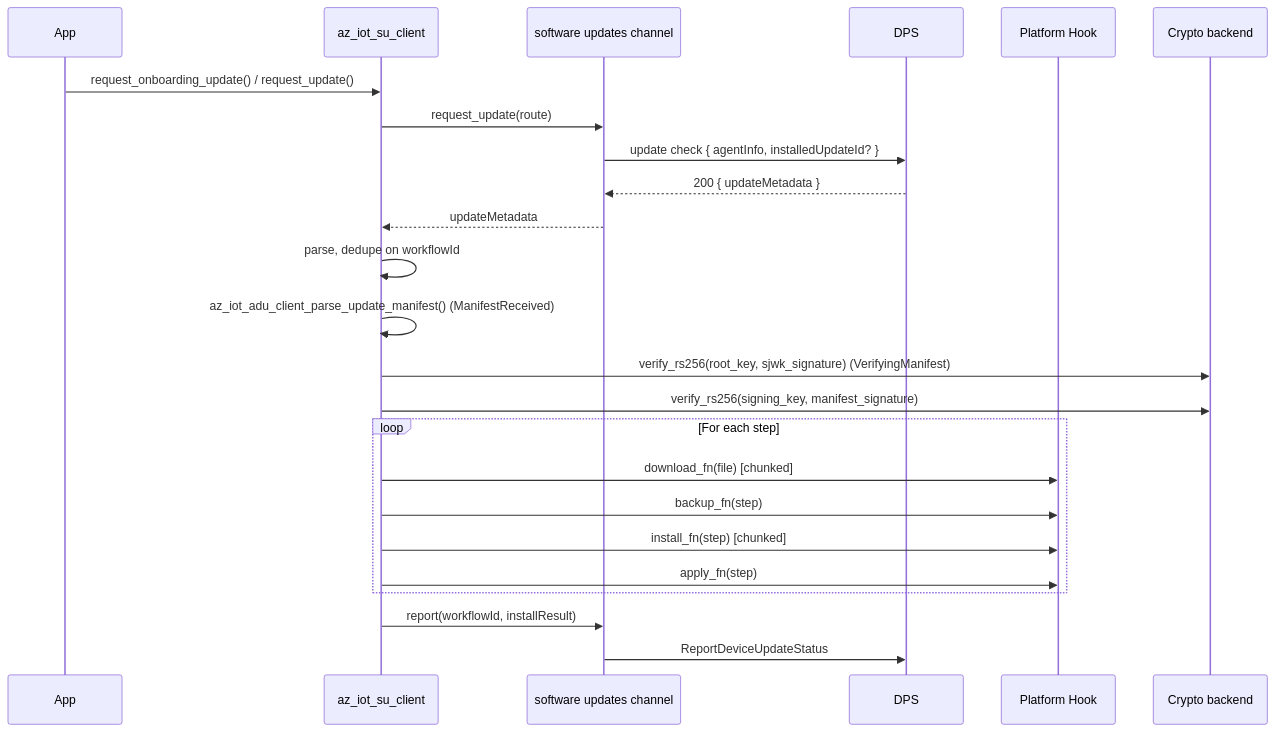
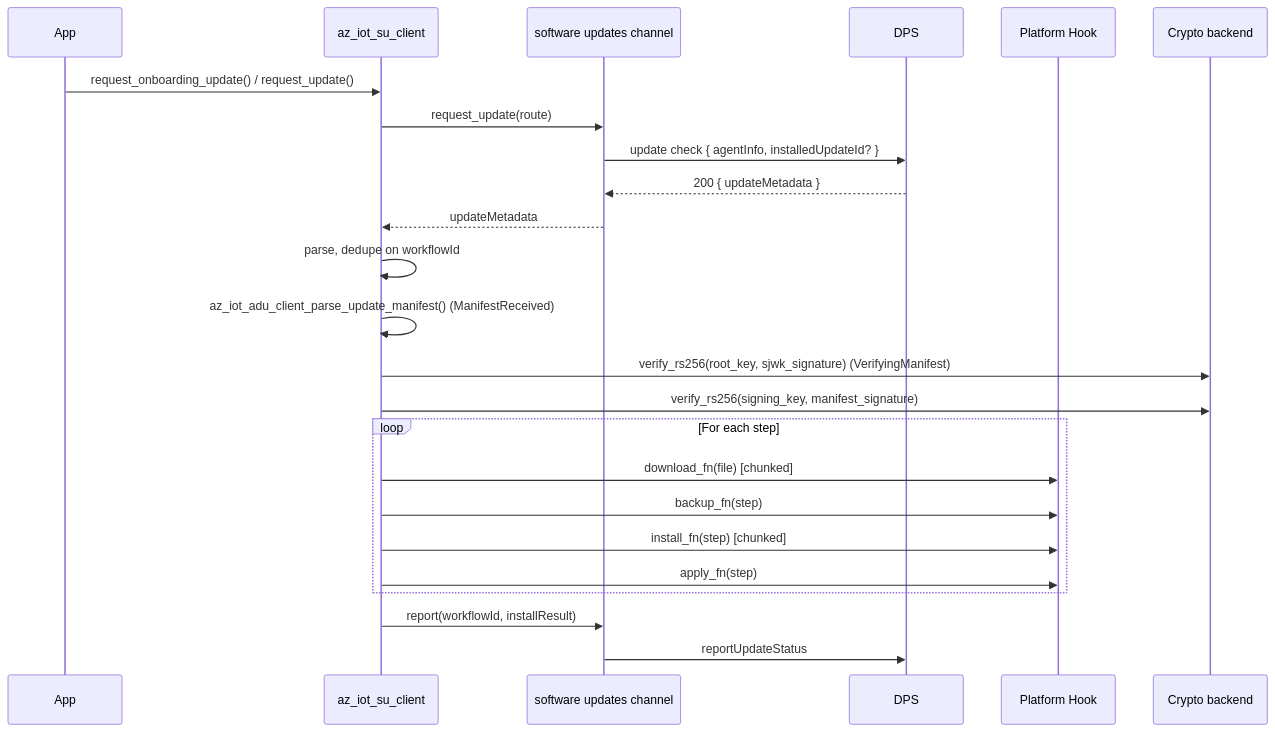
Before and after one commit to Azure/azure-iot-sdk: the sixth of 6 diagrams in c/docs/eng/software-updates.md, drawn with Mermaid. The commit also changed other lines of this file and 7 other files, not shown here.

````diff
--- a/c/docs/eng/software-updates.md
+++ b/c/docs/eng/software-updates.md
@@ -1448,27 +1462,27 @@
 ```mermaid
 sequenceDiagram
     participant App
     participant SU as az_iot_su_client
     participant Ch as software updates channel
     participant DPS
     participant Hook as Platform Hook
     participant Crypto as Crypto backend
 
     App->>SU: request_onboarding_update() / request_update()
     SU->>Ch: request_update(route)
     Ch->>DPS: update check { agentInfo, installedUpdateId? }
     DPS-->>Ch: 200 { updateMetadata }
     Ch-->>SU: updateMetadata
     SU->>SU: parse, dedupe on workflowId
     SU->>SU: az_iot_adu_client_parse_update_manifest() (ManifestReceived)
     SU->>Crypto: verify_rs256(root_key, sjwk_signature) (VerifyingManifest)
     SU->>Crypto: verify_rs256(signing_key, manifest_signature)
     loop For each step
         SU->>Hook: download_fn(file) [chunked]
         SU->>Hook: backup_fn(step)
         SU->>Hook: install_fn(step) [chunked]
         SU->>Hook: apply_fn(step)
     end
     SU->>Ch: report(workflowId, installResult)
-    Ch->>DPS: ReportDeviceUpdateStatus
+    Ch->>DPS: reportUpdateStatus
 ```
````
